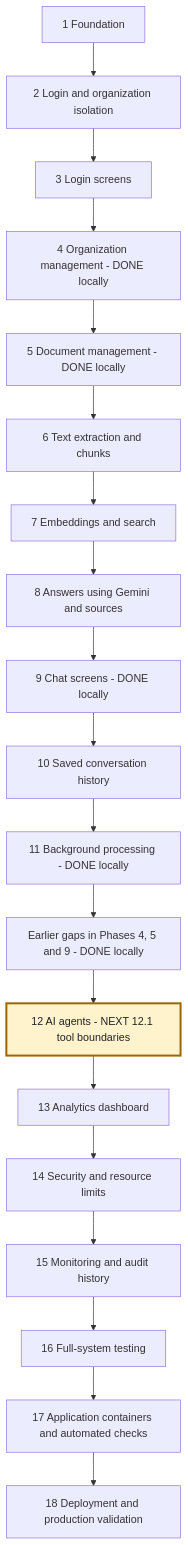
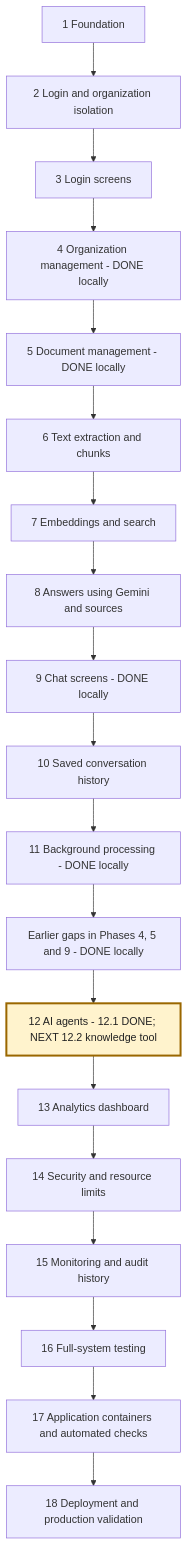
The second of 4 diagrams in NEXAAI_ROADMAP.md (msdian0007/nexaAi), drawn with Mermaid before and after one commit. The commit also changed other lines of this file and 4 other files, not shown here.

````diff
--- a/NEXAAI_ROADMAP.md
+++ b/NEXAAI_ROADMAP.md
@@ -189,22 +189,22 @@
 ```mermaid
 flowchart TD
     A[1 Foundation] --> B[2 Login and organization isolation]
     B --> C[3 Login screens]
     C --> D[4 Organization management - DONE locally]
     D --> E[5 Document management - DONE locally]
     E --> F[6 Text extraction and chunks]
     F --> G[7 Embeddings and search]
     G --> H[8 Answers using Gemini and sources]
     H --> I[9 Chat screens - DONE locally]
     I --> J[10 Saved conversation history]
     J --> K[11 Background processing - DONE locally]
     K --> L[Earlier gaps in Phases 4, 5 and 9 - DONE locally]
-    L --> M[12 AI agents - NEXT 12.1 tool boundaries]
+    L --> M[12 AI agents - 12.1 DONE; NEXT 12.2 knowledge tool]
     M --> N[13 Analytics dashboard]
     N --> O[14 Security and resource limits]
     O --> P[15 Monitoring and audit history]
     P --> Q[16 Full-system testing]
     Q --> R[17 Application containers and automated checks]
     R --> S[18 Deployment and production validation]
     style M fill:#fff3cd,stroke:#9a6700,stroke-width:3px,color:#222
 ```
````
